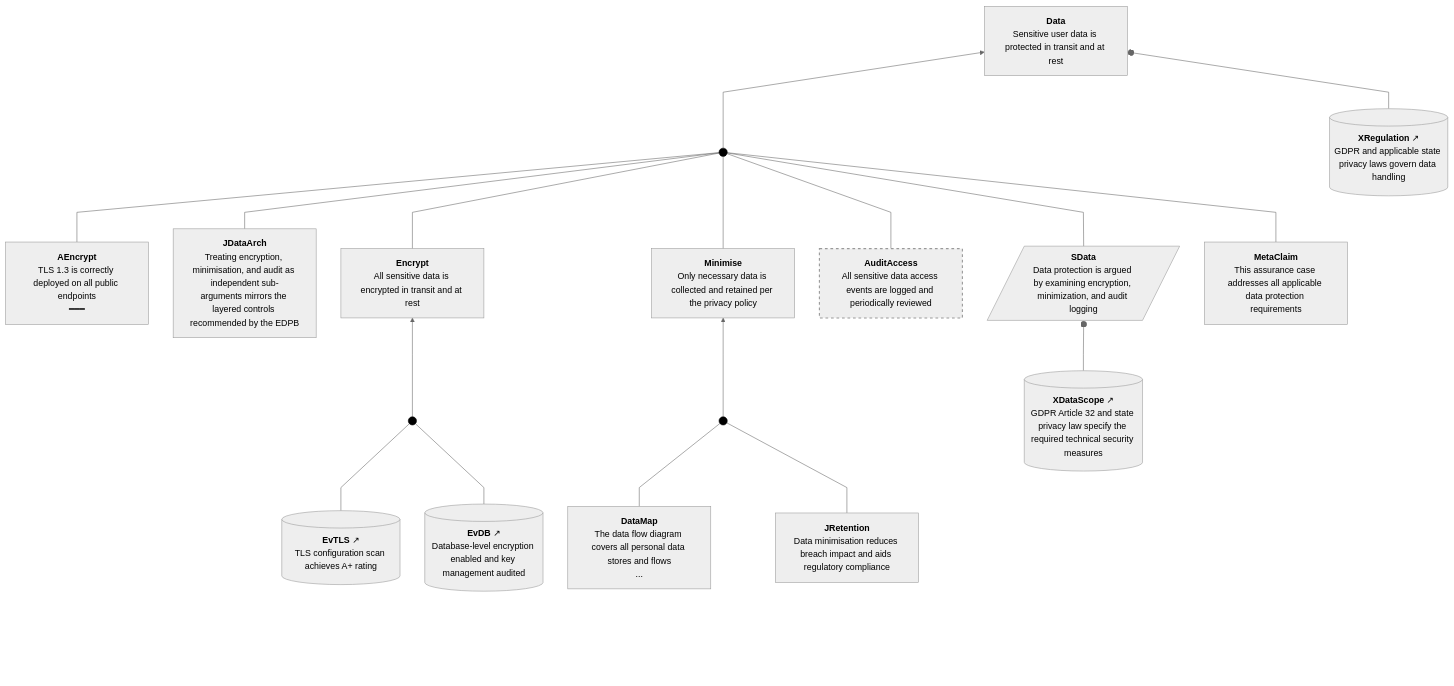
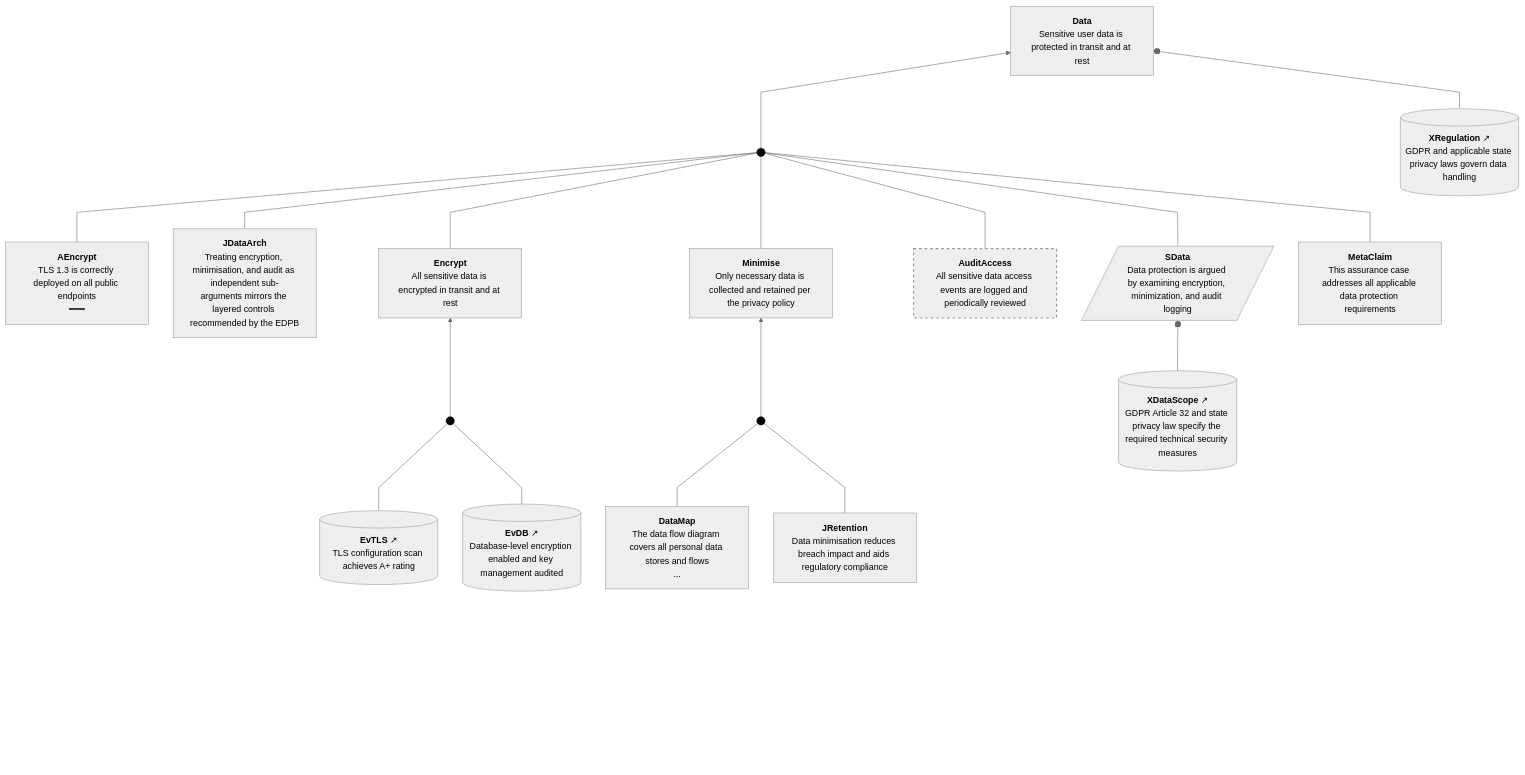
One commit to david-a-wheeler/verocase changed the third of 12 diagrams in tests/fixtures/demo-output.expected.md. Above: the diagram before and after it, drawn with Mermaid. The commit also changed other lines of this file and 8 other files, not shown here.

Commit message:
Increase bottom padding by lengthening connector

````diff
--- a/tests/fixtures/demo-output.expected.md
+++ b/tests/fixtures/demo-output.expected.md
@@ -159,75 +159,75 @@
 ```mermaid
 ---
 config:
   theme: neutral
   flowchart:
     curve: linear
     htmlLabels: true
     rankSpacing: 60
     nodeSpacing: 45
     padding: 15
 ---
 flowchart BT
     classDef invisible opacity:0
     classDef sacmDot fill:#000,stroke:#000
     classDef connector fill:none,stroke:#cccccc,stroke-width:1px;
     classDef abstractClaim stroke-width:2px,stroke-dasharray: 5 5;
     Data["<b>Data</b><br>Sensitive user data is protected in transit and at rest"]
     XRegulation[("<b>XRegulation</b>&nbsp;↗<br>GDPR and applicable state privacy laws govern data handling")]
     AEncrypt["<b>AEncrypt</b><br>TLS 1.3 is correctly deployed on all public endpoints<br>━━━"]
     SData[/"<b>SData</b><br>Data protection is argued by examining encryption, minimization, and audit logging"/]
     MetaClaim["<b>MetaClaim</b><br>This assurance case addresses all applicable data protection requirements"]
     XDataScope[("<b>XDataScope</b>&nbsp;↗<br>GDPR Article 32 and state privacy law specify the required technical security measures")]
     JDataArch["<b>JDataArch</b><br>Treating encryption, minimisation, and audit as independent sub-arguments mirrors the layered controls recommended by the EDPB"]
     Encrypt["<b>Encrypt</b><br>All sensitive data is encrypted in transit and at rest"]
     Minimise["<b>Minimise</b><br>Only necessary data is collected and retained per the privacy policy"]
     AuditAccess["<b>AuditAccess</b><br>All sensitive data access events are logged and periodically reviewed"]:::abstractClaim
     EvTLS[("<b>EvTLS</b>&nbsp;↗<br>TLS configuration scan achieves A+ rating")]
     EvDB[("<b>EvDB</b>&nbsp;↗<br>Database-level encryption enabled and key management audited")]
     DataMap["<b>DataMap</b><br>The data flow diagram covers all personal data stores and flows<br>..."]
     JRetention["<b>JRetention</b><br>Data minimisation reduces breach impact and aids regulatory compliance"]
     Dot1((" ")):::sacmDot
     Dot2((" ")):::sacmDot
     Dot3((" ")):::sacmDot
     click Data "https://github.com/david-a-wheeler/verocase/blob/main/tests/fixtures/demo-output.expected.md#claim-data"
     click XRegulation "https://github.com/david-a-wheeler/verocase/blob/main/tests/fixtures/demo-output.expected.md#context-xregulation"
     click AEncrypt "https://github.com/david-a-wheeler/verocase/blob/main/tests/fixtures/demo-output.expected.md#claim-aencrypt"
     click SData "https://github.com/david-a-wheeler/verocase/blob/main/tests/fixtures/demo-output.expected.md#strategy-sdata"
     click MetaClaim "https://github.com/david-a-wheeler/verocase/blob/main/tests/fixtures/demo-output.expected.md#claim-metaclaim"
     click XDataScope "https://github.com/david-a-wheeler/verocase/blob/main/tests/fixtures/demo-output.expected.md#context-xdatascope"
     click JDataArch "https://github.com/david-a-wheeler/verocase/blob/main/tests/fixtures/demo-output.expected.md#justification-jdataarch"
     click Encrypt "https://github.com/david-a-wheeler/verocase/blob/main/tests/fixtures/demo-output.expected.md#claim-encrypt"
     click Minimise "https://github.com/david-a-wheeler/verocase/blob/main/tests/fixtures/demo-output.expected.md#claim-minimise"
     click AuditAccess "https://github.com/david-a-wheeler/verocase/blob/main/tests/fixtures/demo-output.expected.md#claim-auditaccess"
     click EvTLS "https://github.com/david-a-wheeler/verocase/blob/main/tests/fixtures/demo-output.expected.md#evidence-evtls"
     click EvDB "https://github.com/david-a-wheeler/verocase/blob/main/tests/fixtures/demo-output.expected.md#evidence-evdb"
     click DataMap "https://github.com/david-a-wheeler/verocase/blob/main/tests/fixtures/demo-output.expected.md#claim-datamap"
     click JRetention "https://github.com/david-a-wheeler/verocase/blob/main/tests/fixtures/demo-output.expected.md#justification-jretention"
 
-    BottomPadding1["<br/><br/><br/>"]:::invisible ~~~ XRegulation
-    BottomPadding2["<br/><br/><br/>"]:::invisible ~~~ AEncrypt
-    BottomPadding3["<br/><br/><br/>"]:::invisible ~~~ MetaClaim
-    BottomPadding4["<br/><br/><br/>"]:::invisible ~~~ XDataScope
-    BottomPadding5["<br/><br/><br/>"]:::invisible ~~~ JDataArch
-    BottomPadding6["<br/><br/><br/>"]:::invisible ~~~ AuditAccess
-    BottomPadding7["<br/><br/><br/>"]:::invisible ~~~ EvTLS
-    BottomPadding8["<br/><br/><br/>"]:::invisible ~~~ EvDB
-    BottomPadding9["<br/><br/><br/>"]:::invisible ~~~ DataMap
-    BottomPadding10["<br/><br/><br/>"]:::invisible ~~~ JRetention
+    BottomPadding1["<br/><br/><br/>"]:::invisible ~~~~ XRegulation
+    BottomPadding2["<br/><br/><br/>"]:::invisible ~~~~ AEncrypt
+    BottomPadding3["<br/><br/><br/>"]:::invisible ~~~~ MetaClaim
+    BottomPadding4["<br/><br/><br/>"]:::invisible ~~~~ XDataScope
+    BottomPadding5["<br/><br/><br/>"]:::invisible ~~~~ JDataArch
+    BottomPadding6["<br/><br/><br/>"]:::invisible ~~~~ AuditAccess
+    BottomPadding7["<br/><br/><br/>"]:::invisible ~~~~ EvTLS
+    BottomPadding8["<br/><br/><br/>"]:::invisible ~~~~ EvDB
+    BottomPadding9["<br/><br/><br/>"]:::invisible ~~~~ DataMap
+    BottomPadding10["<br/><br/><br/>"]:::invisible ~~~~ JRetention
     EvTLS --- Dot1
     EvDB --- Dot1
     Dot1 --> Encrypt
     DataMap --- Dot2
     JRetention --- Dot2
     Dot2 --> Minimise
     AEncrypt --- Dot3
     JDataArch --- Dot3
     Encrypt --- Dot3
     Minimise --- Dot3
     AuditAccess --- Dot3
     SData --- Dot3
     MetaClaim --- Dot3
     Dot3 --> Data
     XRegulation --o Data
     XDataScope --o SData
 ```
````
